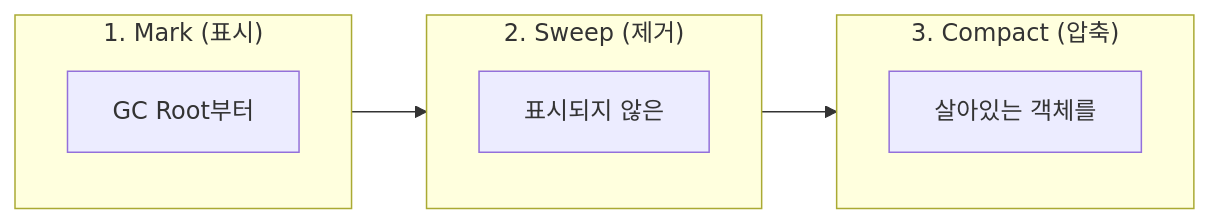
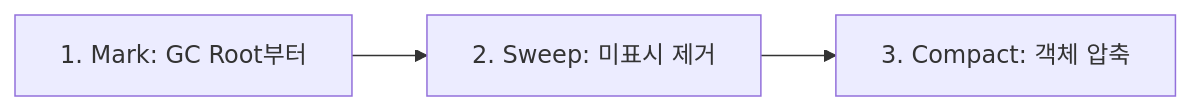
One commit to yjkim2015/yjkim2015.github.io changed the fifth of 7 diagrams in _posts/java/2026-05-02-jvm-architecture.md. Above: the diagram before and after it, drawn with Mermaid. The commit also changed other lines of this file and 155 other files, not shown here.

First line of the commit message:
Mermaid 전면 수정: subgraph 제거, participant/노드/줄수 축소 (342블록)

````diff
--- a/_posts/java/2026-05-02-jvm-architecture.md
+++ b/_posts/java/2026-05-02-jvm-architecture.md
@@ -550,13 +544,5 @@
 ```mermaid
 flowchart LR
-    subgraph MARK["1. Mark (표시)"]
-        A["GC Root부터"]
-    end
-    subgraph SWEEP["2. Sweep (제거)"]
-        B["표시되지 않은"]
-    end
-    subgraph COMPACT["3. Compact (압축)"]
-        C["살아있는 객체를"]
-    end
-    MARK --> SWEEP --> COMPACT
+    A["1. Mark: GC Root부터"] --> B["2. Sweep: 미표시 제거"]
+    B --> C["3. Compact: 객체 압축"]
 ```
````
